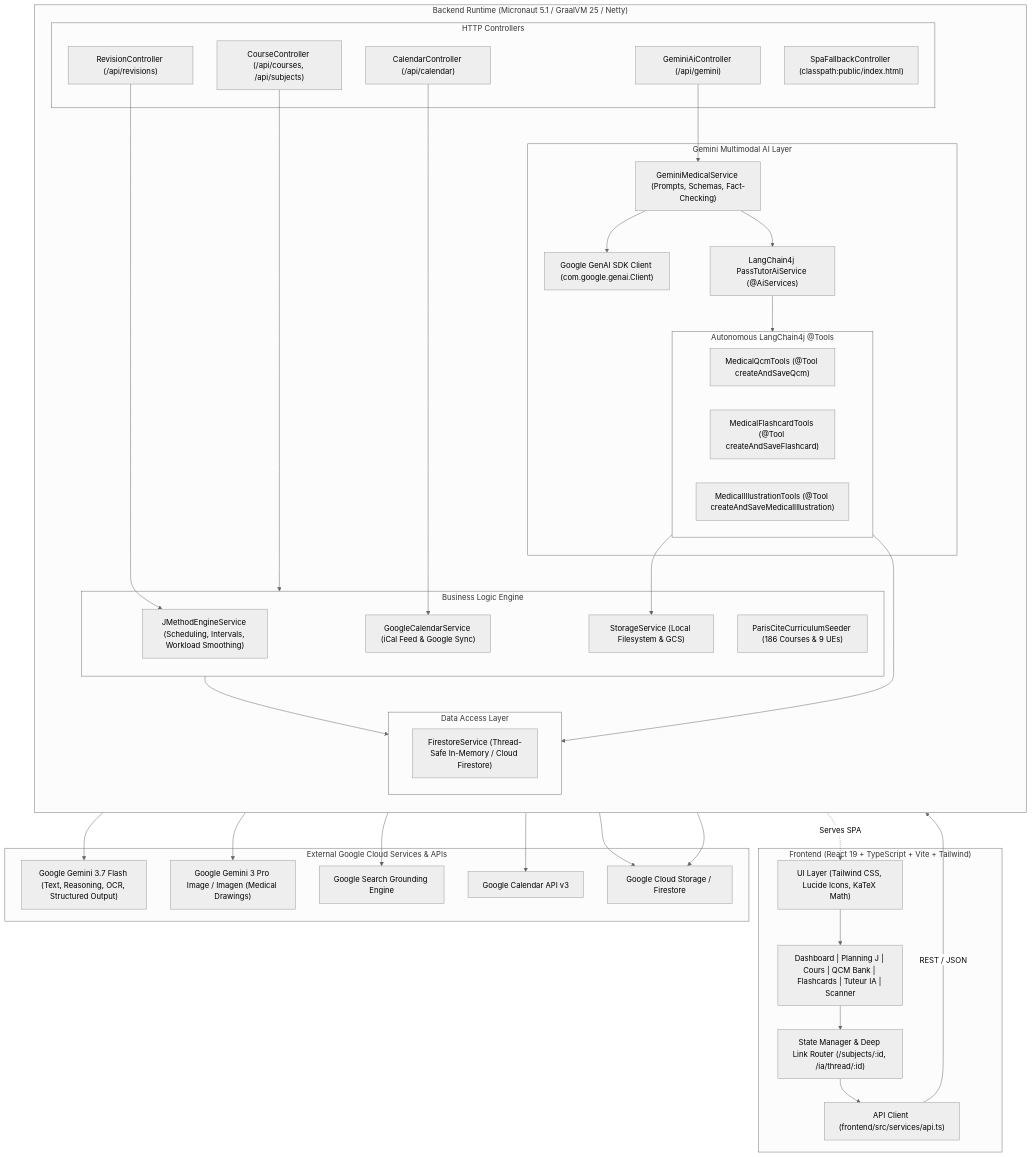
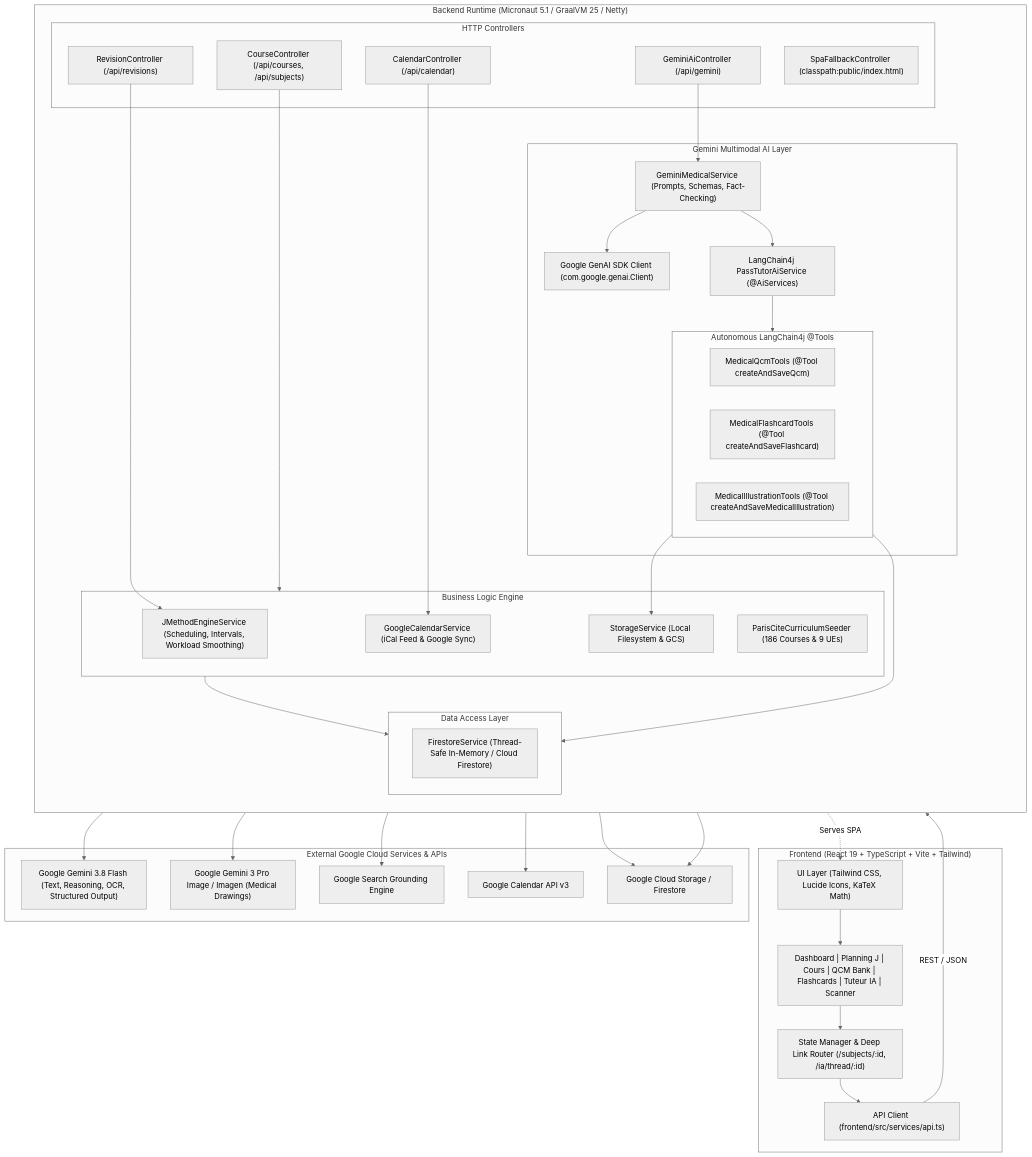
The first of 2 diagrams in AGENTS.md (glaforge/medj), drawn with Mermaid (neutral theme) before and after one commit. The commit also changed other lines of this file and 7 other files, not shown here.

````diff
--- a/AGENTS.md
+++ b/AGENTS.md
@@ -44,79 +44,79 @@
 ```mermaid
 flowchart TB
     subgraph ClientLayer ["Frontend (React 19 + TypeScript + Vite + Tailwind)"]
         UI["UI Layer (Tailwind CSS, Lucide Icons, KaTeX Math)"]
         Views["Dashboard | Planning J | Cours | QCM Bank | Flashcards | Tuteur IA | Scanner"]
         StateRouter["State Manager & Deep Link Router (/subjects/:id, /ia/thread/:id)"]
         APIClient["API Client (frontend/src/services/api.ts)"]
         
         UI --> Views
         Views --> StateRouter
         StateRouter --> APIClient
     end
 
     subgraph ServerLayer ["Backend Runtime (Micronaut 5.1 / GraalVM 25 / Netty)"]
         direction TB
         
         subgraph RESTControllers ["HTTP Controllers"]
             CourseCtrl["CourseController (/api/courses, /api/subjects)"]
             RevCtrl["RevisionController (/api/revisions)"]
             GeminiCtrl["GeminiAiController (/api/gemini)"]
             CalCtrl["CalendarController (/api/calendar)"]
             SpaCtrl["SpaFallbackController (classpath:public/index.html)"]
         end
         
         subgraph CoreServices ["Business Logic Engine"]
             JEngine["JMethodEngineService (Scheduling, Intervals, Workload Smoothing)"]
             CalService["GoogleCalendarService (iCal Feed & Google Sync)"]
             StoreService["StorageService (Local Filesystem & GCS)"]
             CurriculumSeeder["ParisCiteCurriculumSeeder (186 Courses & 9 UEs)"]
         end
         
         subgraph AIEngine ["Gemini Multimodal AI Layer"]
             GeminiMedSvc["GeminiMedicalService (Prompts, Schemas, Fact-Checking)"]
             LangChainTutor["LangChain4j PassTutorAiService (@AiServices)"]
             GenAIClient["Google GenAI SDK Client (com.google.genai.Client)"]
             
             subgraph AgenticTools ["Autonomous LangChain4j @Tools"]
                 QcmTool["MedicalQcmTools (@Tool createAndSaveQcm)"]
                 FcTool["MedicalFlashcardTools (@Tool createAndSaveFlashcard)"]
                 IllusTool["MedicalIllustrationTools (@Tool createAndSaveMedicalIllustration)"]
             end
         end
         
         subgraph Persistence ["Data Access Layer"]
             FirestoreSvc["FirestoreService (Thread-Safe In-Memory / Cloud Firestore)"]
         end
     end
 
     subgraph ExternalCloud ["External Google Cloud Services & APIs"]
-        GeminiFlash["Google Gemini 3.7 Flash (Text, Reasoning, OCR, Structured Output)"]
+        GeminiFlash["Google Gemini 3.8 Flash (Text, Reasoning, OCR, Structured Output)"]
         GeminiImage["Google Gemini 3 Pro Image / Imagen (Medical Drawings)"]
         GoogleSearch["Google Search Grounding Engine"]
         GoogleCalendarAPI["Google Calendar API v3"]
         GoogleStorage["Google Cloud Storage / Firestore"]
     end
 
     APIClient -->|REST / JSON| RESTControllers
     SpaCtrl -.->|Serves SPA| UI
     
     CourseCtrl --> CoreServices
     RevCtrl --> JEngine
     GeminiCtrl --> GeminiMedSvc
     CalCtrl --> CalService
     
     CoreServices --> Persistence
     GeminiMedSvc --> GenAIClient
     GeminiMedSvc --> LangChainTutor
     
     LangChainTutor --> AgenticTools
     AgenticTools --> Persistence
     AgenticTools --> StoreService
     
     GenAIClient --> GeminiFlash
     GenAIClient --> GeminiImage
     GenAIClient --> GoogleSearch
     CalService --> GoogleCalendarAPI
     StoreService --> GoogleStorage
     Persistence --> GoogleStorage
 ```
````
